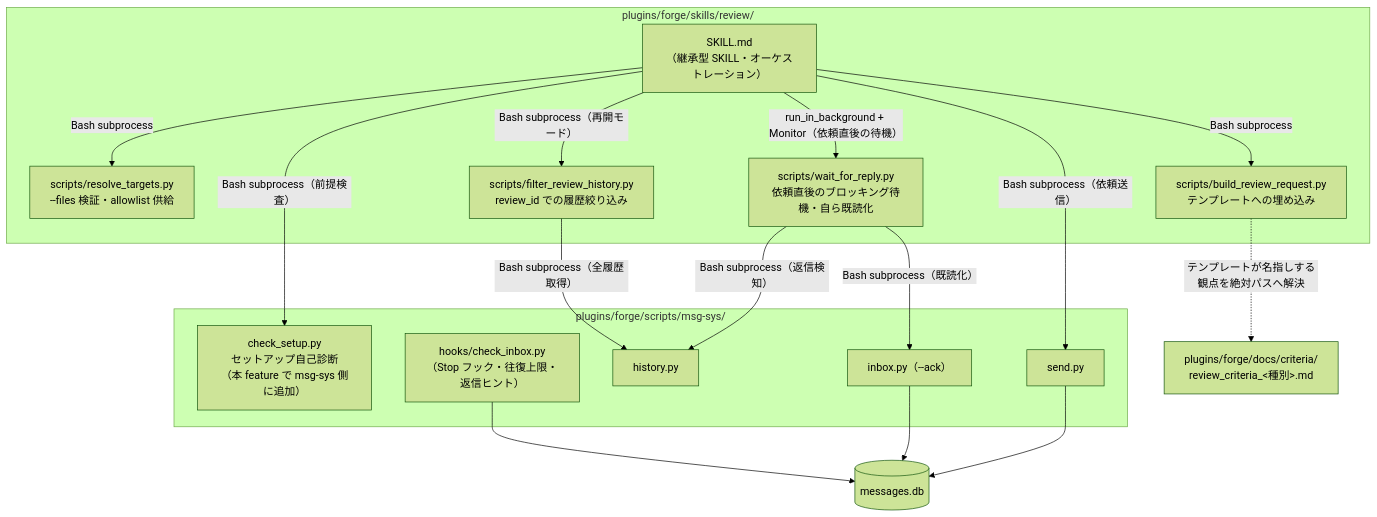
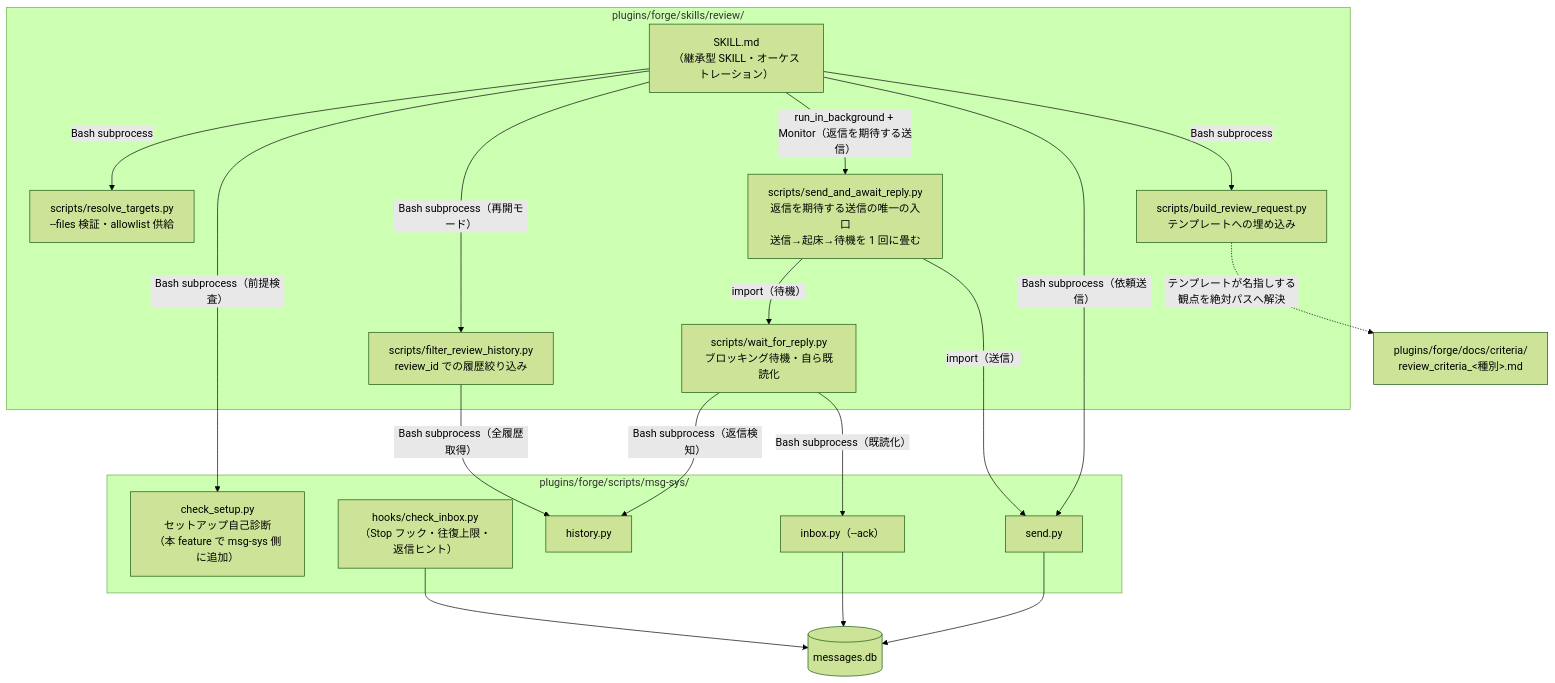
Before and after one commit to BlueEventHorizon/bw-cc-plugins: the first of 2 diagrams in docs/specs/msg-review/design/DES-045_msg_review_skill_design.md, drawn with Mermaid (forest theme). The commit also changed other lines of this file and 20 other files, not shown here.

````diff
--- a/docs/specs/msg-review/design/DES-045_msg_review_skill_design.md
+++ b/docs/specs/msg-review/design/DES-045_msg_review_skill_design.md
@@ -20,33 +20,36 @@
 ```mermaid
 flowchart TB
     subgraph SkillDir["plugins/forge/skills/review/"]
         Skill["SKILL.md<br/>（継承型 SKILL・オーケストレーション）"]
         Targets["scripts/resolve_targets.py<br/>--files 検証・allowlist 供給"]
         Builder["scripts/build_review_request.py<br/>テンプレートへの埋め込み"]
         Filter["scripts/filter_review_history.py<br/>review_id での履歴絞り込み"]
-        Waiter["scripts/wait_for_reply.py<br/>依頼直後のブロッキング待機・自ら既読化"]
+        Waiter["scripts/wait_for_reply.py<br/>ブロッキング待機・自ら既読化"]
+        Composite["scripts/send_and_await_reply.py<br/>返信を期待する送信の唯一の入口<br/>送信→起床→待機を 1 回に畳む"]
     end
     subgraph MsgSys["plugins/forge/scripts/msg-sys/"]
         Prereq["check_setup.py<br/>セットアップ自己診断<br/>（本 feature で msg-sys 側に追加）"]
         Send["send.py"]
         History["history.py"]
         Inbox["inbox.py（--ack）"]
         Hook["hooks/check_inbox.py<br/>（Stop フック・往復上限・返信ヒント）"]
     end
     Criteria["plugins/forge/docs/criteria/<br/>review_criteria_&lt;種別&gt;.md"]
     DB[("messages.db")]
 
     Skill -->|"Bash subprocess（前提検査）"| Prereq
     Skill -->|"Bash subprocess"| Targets
     Skill -->|"Bash subprocess"| Builder
     Skill -->|"Bash subprocess（依頼送信）"| Send
     Skill -->|"Bash subprocess（再開モード）"| Filter
-    Skill -->|"run_in_background + Monitor（依頼直後の待機）"| Waiter
+    Skill -->|"run_in_background + Monitor（返信を期待する送信）"| Composite
+    Composite -->|"import（送信）"| Send
+    Composite -->|"import（待機）"| Waiter
     Waiter -->|"Bash subprocess（返信検知）"| History
     Waiter -->|"Bash subprocess（既読化）"| Inbox
     Filter -->|"Bash subprocess（全履歴取得）"| History
     Builder -.->|"テンプレートが名指しする観点を絶対パスへ解決"| Criteria
     Send --> DB
     Inbox --> DB
     Hook --> DB
 ```
````
